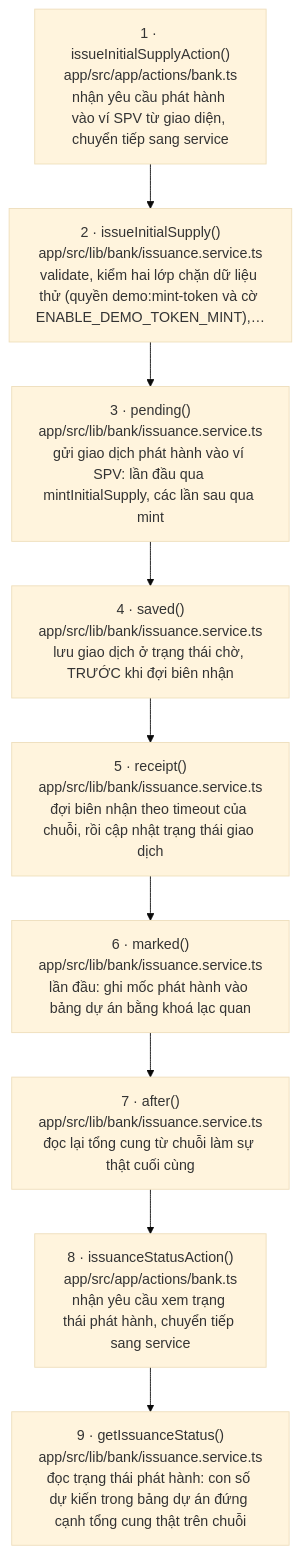
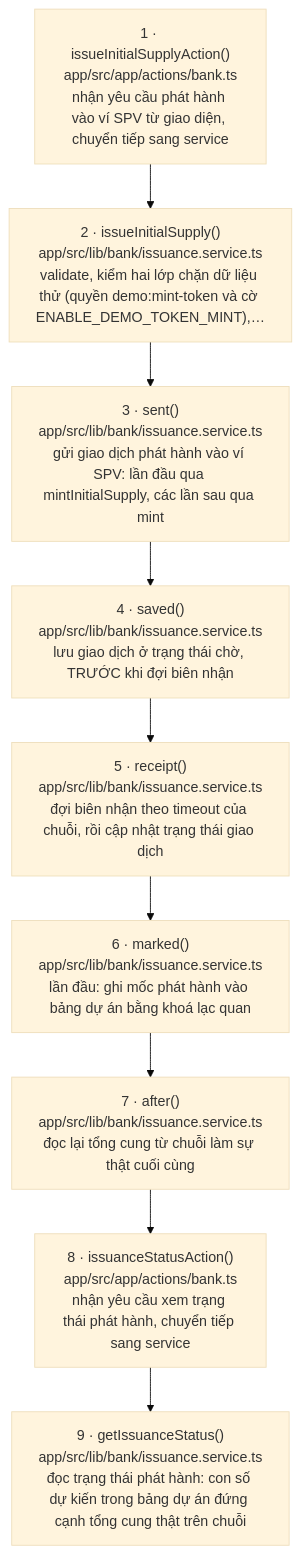
The diagram in docs/flows/issue.md (tuannino/bidv-rwa-tokenize), drawn with Mermaid (base theme) before and after one commit. The commit also changed other lines of this file and 34 other files, not shown here.

First line of the commit message:
feat(in-04): ký Mint, Burn qua Fireblocks Vault Account, công tắc Lưu ký Fireblocks, nút về trang của vai

````diff
--- a/docs/flows/issue.md
+++ b/docs/flows/issue.md
@@ -20,20 +20,20 @@
 ```mermaid
 flowchart TD
   s1["1 · issueInitialSupplyAction()<br/>app/src/app/actions/bank.ts<br/>nhận yêu cầu phát hành vào ví SPV từ giao diện, chuyển tiếp sang service"]
   s2["2 · issueInitialSupply()<br/>app/src/lib/bank/issuance.service.ts<br/>validate, kiểm hai lớp chặn dữ liệu thử (quyền demo:mint-token và cờ ENABLE_DEMO_TOKEN_MINT),…"]
-  s3["3 · pending()<br/>app/src/lib/bank/issuance.service.ts<br/>gửi giao dịch phát hành vào ví SPV: lần đầu qua mintInitialSupply, các lần sau qua mint"]
+  s3["3 · sent()<br/>app/src/lib/bank/issuance.service.ts<br/>gửi giao dịch phát hành vào ví SPV: lần đầu qua mintInitialSupply, các lần sau qua mint"]
   s4["4 · saved()<br/>app/src/lib/bank/issuance.service.ts<br/>lưu giao dịch ở trạng thái chờ, TRƯỚC khi đợi biên nhận"]
   s5["5 · receipt()<br/>app/src/lib/bank/issuance.service.ts<br/>đợi biên nhận theo timeout của chuỗi, rồi cập nhật trạng thái giao dịch"]
   s6["6 · marked()<br/>app/src/lib/bank/issuance.service.ts<br/>lần đầu: ghi mốc phát hành vào bảng dự án bằng khoá lạc quan"]
   s7["7 · after()<br/>app/src/lib/bank/issuance.service.ts<br/>đọc lại tổng cung từ chuỗi làm sự thật cuối cùng"]
   s8["8 · issuanceStatusAction()<br/>app/src/app/actions/bank.ts<br/>nhận yêu cầu xem trạng thái phát hành, chuyển tiếp sang service"]
   s9["9 · getIssuanceStatus()<br/>app/src/lib/bank/issuance.service.ts<br/>đọc trạng thái phát hành: con số dự kiến trong bảng dự án đứng cạnh tổng cung thật trên chuỗi"]
   s1 --> s2
   s2 --> s3
   s3 --> s4
   s4 --> s5
   s5 --> s6
   s6 --> s7
   s7 --> s8
   s8 --> s9
 ```
````
